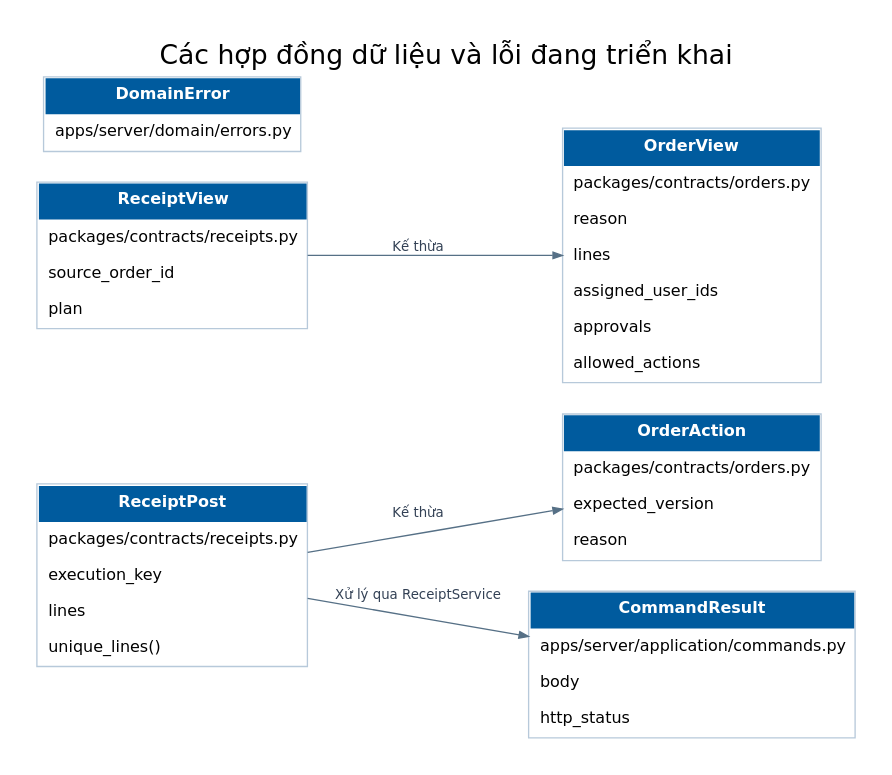
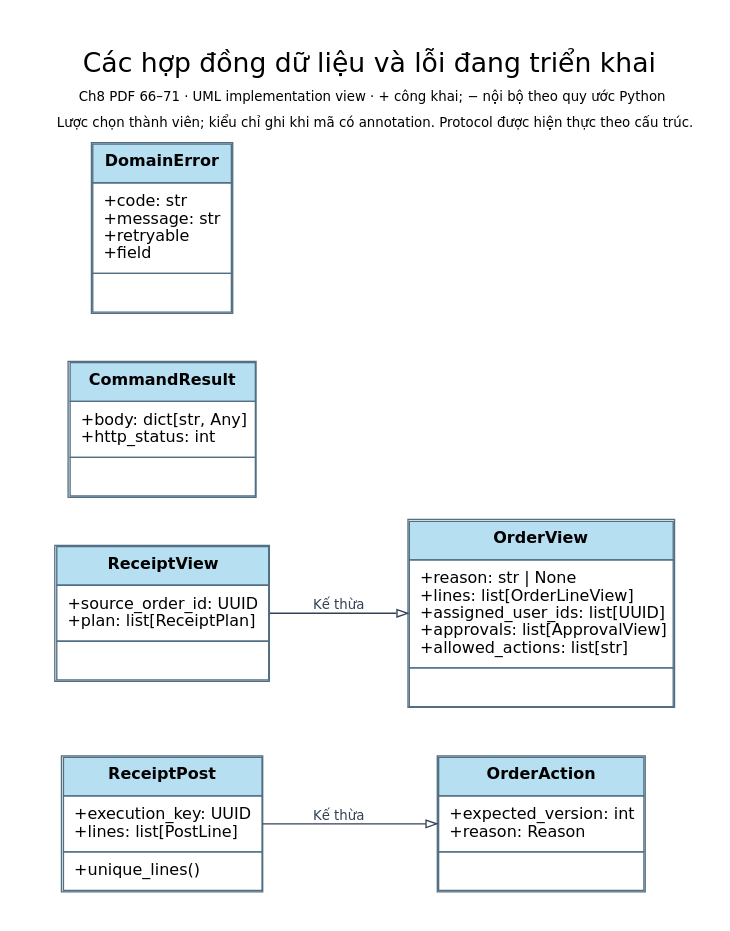
One commit to TEAM-DEV-FIVE/WMS_BA_2_0 changed the diagram in 03_So_do/Hien_hanh/dot/CLASS_CONTRACTS.dot. Above: the diagram before and after it, drawn with Graphviz. The commit also changed 295 other files, not shown here.

Commit message:
docs: align current diagrams with BA notation and streamline READMEs

```diff
--- a/03_So_do/Hien_hanh/dot/CLASS_CONTRACTS.dot
+++ b/03_So_do/Hien_hanh/dot/CLASS_CONTRACTS.dot
@@ -1,15 +1,14 @@
 digraph WMS {
-graph [rankdir=LR, bgcolor="white", nodesep=.32, ranksep=.6, pad=.28];
+graph [rankdir=LR, bgcolor="white", nodesep=.5, ranksep=.9, pad=.3];
 node [shape=plain, fontname="DejaVu Sans", fontsize=12];
-edge [fontname="DejaVu Sans", fontsize=10, color="#567086", fontcolor="#334155", arrowsize=.7];
-label="Các hợp đồng dữ liệu và lỗi đang triển khai"; labelloc=t; fontname="DejaVu Sans"; fontsize=20;
-"OrderAction" [label=<<TABLE BORDER="1" CELLBORDER="0" CELLSPACING="0" CELLPADDING="7" COLOR="#b7c9da"><TR><TD BGCOLOR="#005b9e"><FONT COLOR="white"><B>OrderAction</B></FONT></TD></TR><TR><TD ALIGN="LEFT">packages/contracts/orders.py</TD></TR><TR><TD ALIGN="LEFT">expected_version</TD></TR><TR><TD ALIGN="LEFT">reason</TD></TR></TABLE>>];
-"ReceiptPost" [label=<<TABLE BORDER="1" CELLBORDER="0" CELLSPACING="0" CELLPADDING="7" COLOR="#b7c9da"><TR><TD BGCOLOR="#005b9e"><FONT COLOR="white"><B>ReceiptPost</B></FONT></TD></TR><TR><TD ALIGN="LEFT">packages/contracts/receipts.py</TD></TR><TR><TD ALIGN="LEFT">execution_key</TD></TR><TR><TD ALIGN="LEFT">lines</TD></TR><TR><TD ALIGN="LEFT">unique_lines()</TD></TR></TABLE>>];
-"OrderView" [label=<<TABLE BORDER="1" CELLBORDER="0" CELLSPACING="0" CELLPADDING="7" COLOR="#b7c9da"><TR><TD BGCOLOR="#005b9e"><FONT COLOR="white"><B>OrderView</B></FONT></TD></TR><TR><TD ALIGN="LEFT">packages/contracts/orders.py</TD></TR><TR><TD ALIGN="LEFT">reason</TD></TR><TR><TD ALIGN="LEFT">lines</TD></TR><TR><TD ALIGN="LEFT">assigned_user_ids</TD></TR><TR><TD ALIGN="LEFT">approvals</TD></TR><TR><TD ALIGN="LEFT">allowed_actions</TD></TR></TABLE>>];
-"ReceiptView" [label=<<TABLE BORDER="1" CELLBORDER="0" CELLSPACING="0" CELLPADDING="7" COLOR="#b7c9da"><TR><TD BGCOLOR="#005b9e"><FONT COLOR="white"><B>ReceiptView</B></FONT></TD></TR><TR><TD ALIGN="LEFT">packages/contracts/receipts.py</TD></TR><TR><TD ALIGN="LEFT">source_order_id</TD></TR><TR><TD ALIGN="LEFT">plan</TD></TR></TABLE>>];
-"CommandResult" [label=<<TABLE BORDER="1" CELLBORDER="0" CELLSPACING="0" CELLPADDING="7" COLOR="#b7c9da"><TR><TD BGCOLOR="#005b9e"><FONT COLOR="white"><B>CommandResult</B></FONT></TD></TR><TR><TD ALIGN="LEFT">apps/server/application/commands.py</TD></TR><TR><TD ALIGN="LEFT">body</TD></TR><TR><TD ALIGN="LEFT">http_status</TD></TR></TABLE>>];
-"DomainError" [label=<<TABLE BORDER="1" CELLBORDER="0" CELLSPACING="0" CELLPADDING="7" COLOR="#b7c9da"><TR><TD BGCOLOR="#005b9e"><FONT COLOR="white"><B>DomainError</B></FONT></TD></TR><TR><TD ALIGN="LEFT">apps/server/domain/errors.py</TD></TR></TABLE>>];
-"ReceiptPost" -> "OrderAction" [label="Kế thừa"];
-"ReceiptView" -> "OrderView" [label="Kế thừa"];
-"ReceiptPost" -> "CommandResult" [label="Xử lý qua ReceiptService"];
+edge [fontname="DejaVu Sans", fontsize=10, color="#334155", fontcolor="#334155", arrowsize=.8];
+label=<<TABLE BORDER="0" CELLBORDER="0" CELLPADDING="3"><TR><TD><FONT POINT-SIZE="20">Các hợp đồng dữ liệu và lỗi đang triển khai</FONT></TD></TR><TR><TD><FONT POINT-SIZE="10">Ch8 PDF 66–71 · UML implementation view · + công khai; − nội bộ theo quy ước Python</FONT></TD></TR><TR><TD><FONT POINT-SIZE="10">Lược chọn thành viên; kiểu chỉ ghi khi mã có annotation. Protocol được hiện thực theo cấu trúc.</FONT></TD></TR></TABLE>>; labelloc=t; fontname="DejaVu Sans"; fontsize=16;
+"OrderAction" [label=<<TABLE BORDER="1" CELLBORDER="1" CELLSPACING="0" CELLPADDING="7" COLOR="#526f83"><TR><TD BGCOLOR="#b7dff2"><B>OrderAction</B></TD></TR><TR><TD ALIGN="LEFT" BALIGN="LEFT">+expected_version: int<BR ALIGN="LEFT"/>+reason: Reason</TD></TR><TR><TD ALIGN="LEFT" BALIGN="LEFT"> </TD></TR></TABLE>>];
+"ReceiptPost" [label=<<TABLE BORDER="1" CELLBORDER="1" CELLSPACING="0" CELLPADDING="7" COLOR="#526f83"><TR><TD BGCOLOR="#b7dff2"><B>ReceiptPost</B></TD></TR><TR><TD ALIGN="LEFT" BALIGN="LEFT">+execution_key: UUID<BR ALIGN="LEFT"/>+lines: list[PostLine]</TD></TR><TR><TD ALIGN="LEFT" BALIGN="LEFT">+unique_lines()</TD></TR></TABLE>>];
+"OrderView" [label=<<TABLE BORDER="1" CELLBORDER="1" CELLSPACING="0" CELLPADDING="7" COLOR="#526f83"><TR><TD BGCOLOR="#b7dff2"><B>OrderView</B></TD></TR><TR><TD ALIGN="LEFT" BALIGN="LEFT">+reason: str | None<BR ALIGN="LEFT"/>+lines: list[OrderLineView]<BR ALIGN="LEFT"/>+assigned_user_ids: list[UUID]<BR ALIGN="LEFT"/>+approvals: list[ApprovalView]<BR ALIGN="LEFT"/>+allowed_actions: list[str]</TD></TR><TR><TD ALIGN="LEFT" BALIGN="LEFT"> </TD></TR></TABLE>>];
+"ReceiptView" [label=<<TABLE BORDER="1" CELLBORDER="1" CELLSPACING="0" CELLPADDING="7" COLOR="#526f83"><TR><TD BGCOLOR="#b7dff2"><B>ReceiptView</B></TD></TR><TR><TD ALIGN="LEFT" BALIGN="LEFT">+source_order_id: UUID<BR ALIGN="LEFT"/>+plan: list[ReceiptPlan]</TD></TR><TR><TD ALIGN="LEFT" BALIGN="LEFT"> </TD></TR></TABLE>>];
+"CommandResult" [label=<<TABLE BORDER="1" CELLBORDER="1" CELLSPACING="0" CELLPADDING="7" COLOR="#526f83"><TR><TD BGCOLOR="#b7dff2"><B>CommandResult</B></TD></TR><TR><TD ALIGN="LEFT" BALIGN="LEFT">+body: dict[str, Any]<BR ALIGN="LEFT"/>+http_status: int</TD></TR><TR><TD ALIGN="LEFT" BALIGN="LEFT"> </TD></TR></TABLE>>];
+"DomainError" [label=<<TABLE BORDER="1" CELLBORDER="1" CELLSPACING="0" CELLPADDING="7" COLOR="#526f83"><TR><TD BGCOLOR="#b7dff2"><B>DomainError</B></TD></TR><TR><TD ALIGN="LEFT" BALIGN="LEFT">+code: str<BR ALIGN="LEFT"/>+message: str<BR ALIGN="LEFT"/>+retryable<BR ALIGN="LEFT"/>+field</TD></TR><TR><TD ALIGN="LEFT" BALIGN="LEFT"> </TD></TR></TABLE>>];
+"ReceiptPost" -> "OrderAction" [label="Kế thừa", arrowhead="empty", style="solid"];
+"ReceiptView" -> "OrderView" [label="Kế thừa", arrowhead="empty", style="solid"];
 }
```
